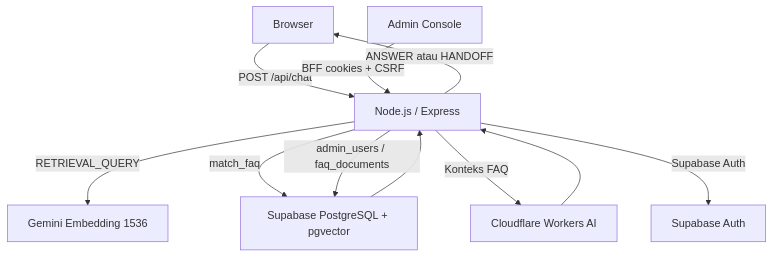
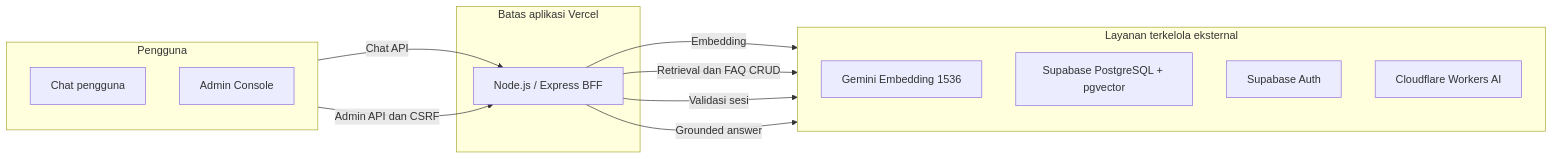
Before and after one commit to irfanapriansyah27/campus-faq-chatbot: the diagram in docs/ARCHITECTURE.md, drawn with Mermaid.

Commit message:
docs: clarify architecture diagram boundaries

````diff
--- a/docs/ARCHITECTURE.md
+++ b/docs/ARCHITECTURE.md
@@ -5,13 +5,27 @@
 ```mermaid
-flowchart TD
-    B["Browser"] -->|"POST /api/chat"| N["Node.js / Express"]
-    N -->|"RETRIEVAL_QUERY"| G["Gemini Embedding 1536"]
-    N -->|"match_faq"| S["Supabase PostgreSQL + pgvector"]
-    S --> N
-    N -->|"Konteks FAQ"| C["Cloudflare Workers AI"]
-    C --> N
-    N -->|"ANSWER atau HANDOFF"| B
-    A["Admin Console"] -->|"BFF cookies + CSRF"| N
-    N -->|"Supabase Auth"| AU["Supabase Auth"]
-    N -->|"admin_users / faq_documents"| S
+flowchart LR
+    subgraph users["Pengguna"]
+        direction TB
+        chat["Chat pengguna"]
+        admin["Admin Console"]
+    end
+
+    subgraph vercel["Batas aplikasi Vercel"]
+        bff["Node.js / Express BFF"]
+    end
+
+    subgraph external["Layanan terkelola eksternal"]
+        direction TB
+        gemini["Gemini Embedding 1536"]
+        database["Supabase PostgreSQL + pgvector"]
+        auth["Supabase Auth"]
+        cloudflare["Cloudflare Workers AI"]
+    end
+
+    chat -->|"Chat API"| bff
+    admin -->|"Admin API dan CSRF"| bff
+    bff -->|"Embedding"| gemini
+    bff -->|"Retrieval dan FAQ CRUD"| database
+    bff -->|"Validasi sesi"| auth
+    bff -->|"Grounded answer"| cloudflare
 ```
````
